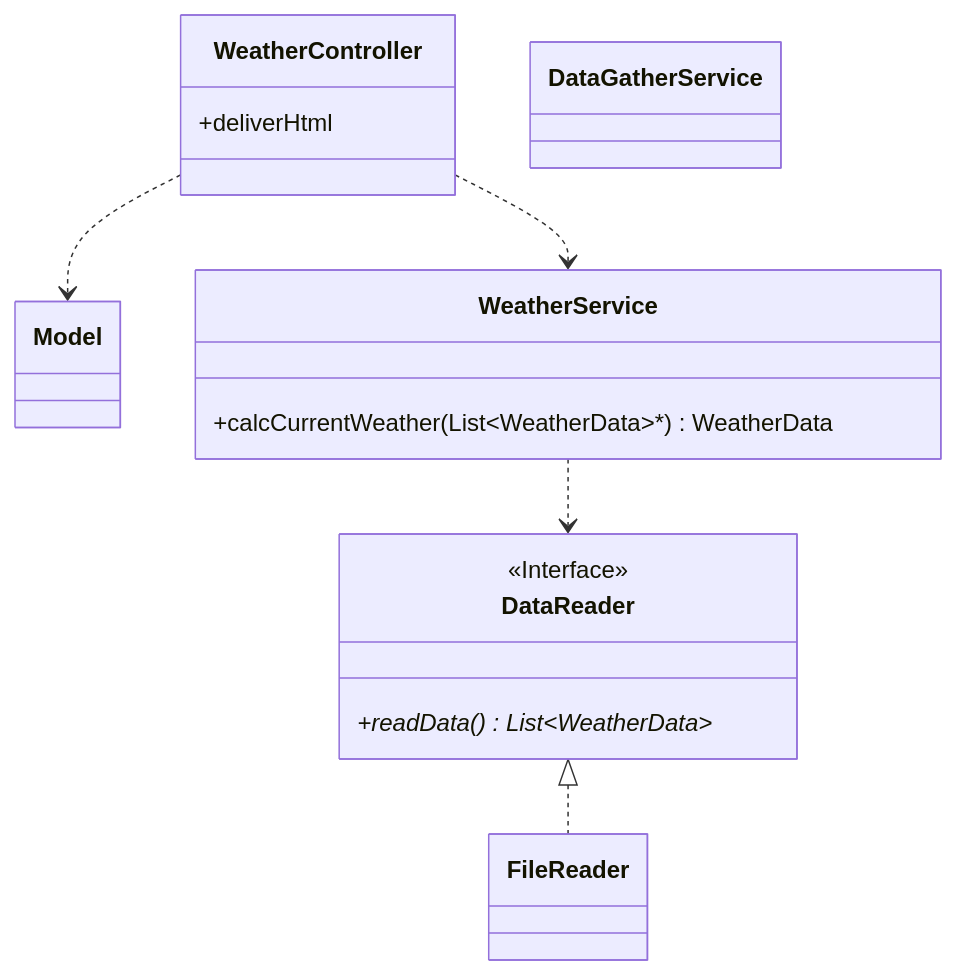
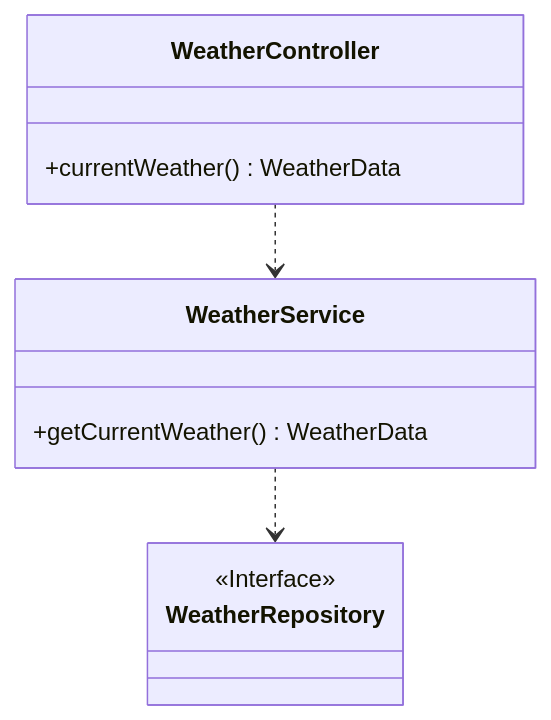
Before and after one commit to weissale1/WeatherStation: the first of 2 diagrams in README.md, drawn with Mermaid. The commit also changed other lines of this file, not shown here.

````diff
--- a/README.md
+++ b/README.md
@@ -33,26 +26,17 @@
 ```mermaid
 classDiagram
-    WeatherController ..> Model
     WeatherController ..> WeatherService
-    WeatherService ..> DataReader
-    DataReader <|.. FileReader
+    WeatherService ..> WeatherRepository
 
     class WeatherController{
-        +deliverHtml
-    }
-
-    class DataGatherService {
+        +currentWeather() WeatherData
     }
 
     class WeatherService{
-        +calcCurrentWeather(List~WeatherData~*) WeatherData
+        +getCurrentWeather() WeatherData
     }
 
-    class DataReader{
+    class WeatherRepository{
         <<Interface>>
-        +readData() List~WeatherData~*
-    }
-
-    class FileReader{
     }
 ```
````
